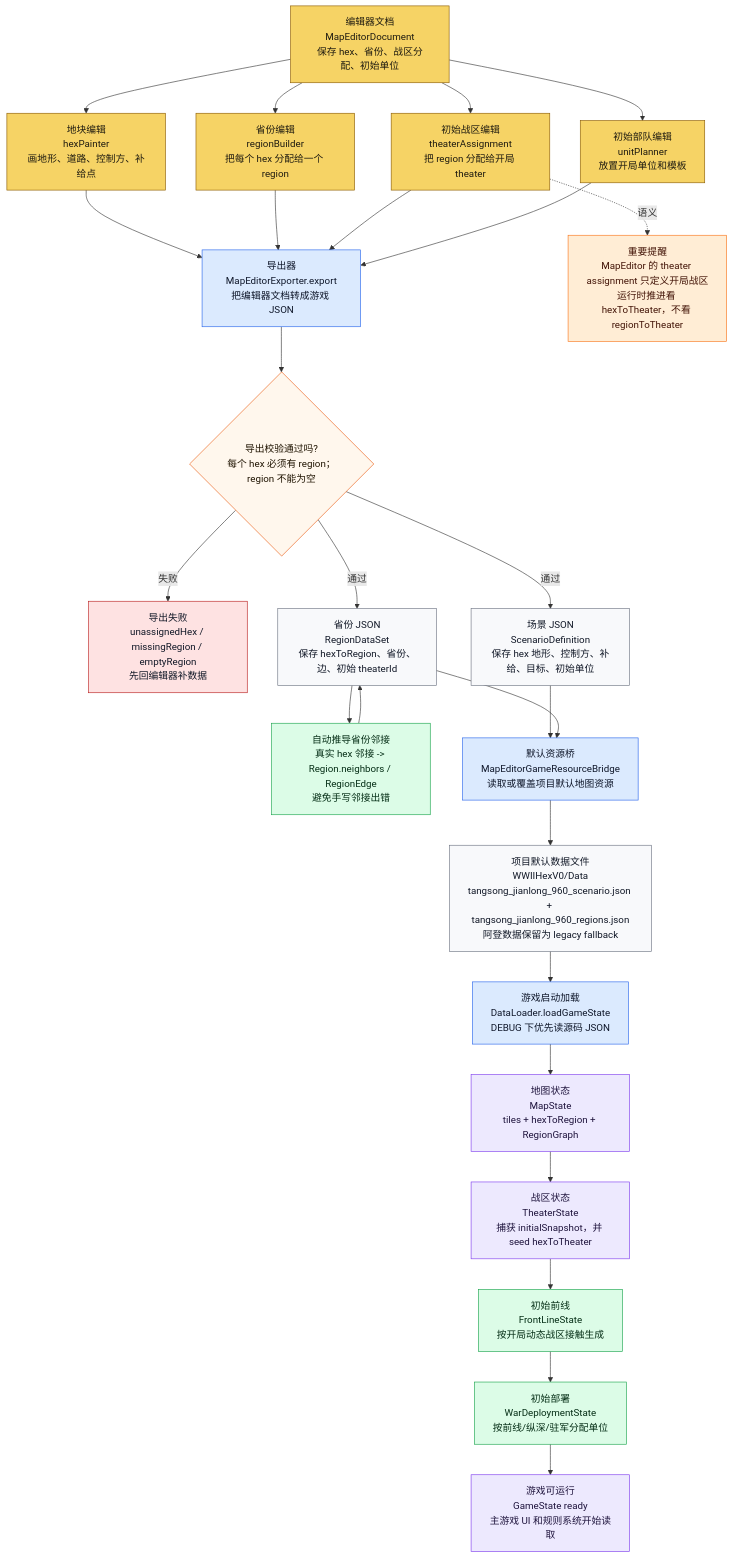
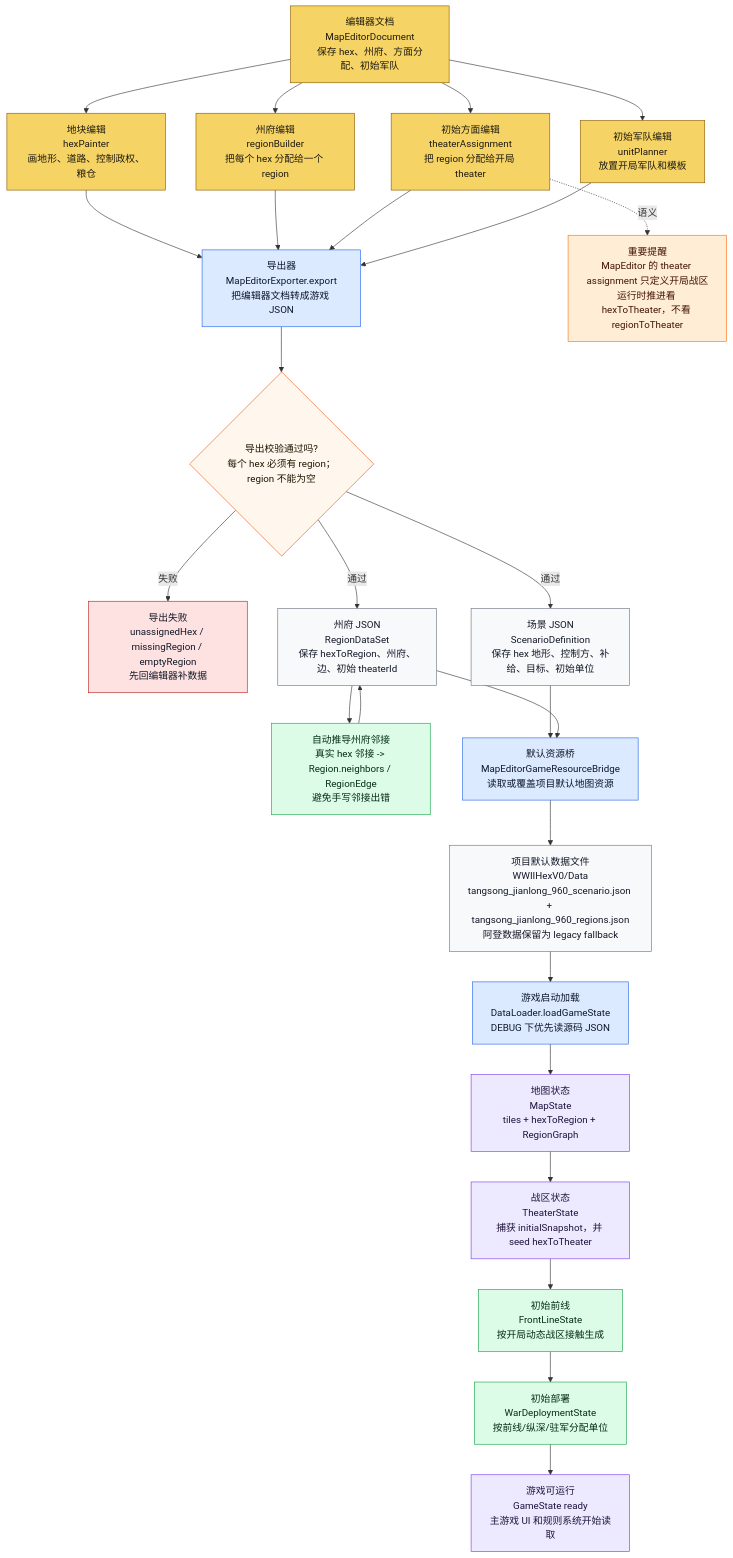
One commit to Altman-sam114/125 changed the fifth of 9 diagrams in md/flow/flowchart.md. Above: the diagram before and after it, drawn with Mermaid. The commit also changed other lines of this file and 10 other files, not shown here.

````diff
--- a/md/flow/flowchart.md
+++ b/md/flow/flowchart.md
@@ -273,48 +273,48 @@
 ```mermaid
 flowchart TD
-    DOC["编辑器文档<br/>MapEditorDocument<br/>保存 hex、省份、战区分配、初始单位"]:::editor
-    MODE1["地块编辑<br/>hexPainter<br/>画地形、道路、控制方、补给点"]:::editor
-    MODE2["省份编辑<br/>regionBuilder<br/>把每个 hex 分配给一个 region"]:::editor
-    MODE3["初始战区编辑<br/>theaterAssignment<br/>把 region 分配给开局 theater"]:::editor
-    MODE4["初始部队编辑<br/>unitPlanner<br/>放置开局单位和模板"]:::editor
+    DOC["编辑器文档<br/>MapEditorDocument<br/>保存 hex、州府、方面分配、初始军队"]:::editor
+    MODE1["地块编辑<br/>hexPainter<br/>画地形、道路、控制政权、粮仓"]:::editor
+    MODE2["州府编辑<br/>regionBuilder<br/>把每个 hex 分配给一个 region"]:::editor
+    MODE3["初始方面编辑<br/>theaterAssignment<br/>把 region 分配给开局 theater"]:::editor
+    MODE4["初始军队编辑<br/>unitPlanner<br/>放置开局军队和模板"]:::editor
     EXPORT["导出器<br/>MapEditorExporter.export<br/>把编辑器文档转成游戏 JSON"]:::loader
     CHECK{"导出校验通过吗?<br/>每个 hex 必须有 region；region 不能为空"}:::decision
     ERR["导出失败<br/>unassignedHex / missingRegion / emptyRegion<br/>先回编辑器补数据"]:::stop
     SCEN["场景 JSON<br/>ScenarioDefinition<br/>保存 hex 地形、控制方、补给、目标、初始单位"]:::data
-    REG["省份 JSON<br/>RegionDataSet<br/>保存 hexToRegion、省份、边、初始 theaterId"]:::data
-    NEI["自动推导省份邻接<br/>真实 hex 邻接 -> Region.neighbors / RegionEdge<br/>避免手写邻接出错"]:::derived
+    REG["州府 JSON<br/>RegionDataSet<br/>保存 hexToRegion、州府、边、初始 theaterId"]:::data
+    NEI["自动推导州府邻接<br/>真实 hex 邻接 -> Region.neighbors / RegionEdge<br/>避免手写邻接出错"]:::derived
     BRIDGE["默认资源桥<br/>MapEditorGameResourceBridge<br/>读取或覆盖项目默认地图资源"]:::loader
     FILES["项目默认数据文件<br/>WWIIHexV0/Data<br/>tangsong_jianlong_960_scenario.json + tangsong_jianlong_960_regions.json<br/>阿登数据保留为 legacy fallback"]:::data
     LOAD["游戏启动加载<br/>DataLoader.loadGameState<br/>DEBUG 下优先读源码 JSON"]:::loader
     MAP["地图状态<br/>MapState<br/>tiles + hexToRegion + RegionGraph"]:::state
     THEATER["战区状态<br/>TheaterState<br/>捕获 initialSnapshot，并 seed hexToTheater"]:::state
     FRONT["初始前线<br/>FrontLineState<br/>按开局动态战区接触生成"]:::derived
     DEPLOY["初始部署<br/>WarDeploymentState<br/>按前线/纵深/驻军分配单位"]:::derived
     GAME["游戏可运行<br/>GameState ready<br/>主游戏 UI 和规则系统开始读取"]:::state
 
     DOC --> MODE1 --> EXPORT
     DOC --> MODE2 --> EXPORT
     DOC --> MODE3 --> EXPORT
     DOC --> MODE4 --> EXPORT
     EXPORT --> CHECK
     CHECK -->|失败| ERR
     CHECK -->|通过| SCEN
     CHECK -->|通过| REG
     REG --> NEI --> REG
     SCEN --> BRIDGE
     REG --> BRIDGE
     BRIDGE --> FILES
     FILES --> LOAD --> MAP --> THEATER --> FRONT --> DEPLOY --> GAME
 
     NOTE["重要提醒<br/>MapEditor 的 theater assignment 只定义开局战区<br/>运行时推进看 hexToTheater，不看 regionToTheater"]:::warn
     MODE3 -.语义.-> NOTE
 
     classDef editor fill:#f6d365,stroke:#8a5a00,color:#1f1b10
     classDef loader fill:#dbeafe,stroke:#2563eb,color:#0f172a
     classDef decision fill:#fff7ed,stroke:#ea580c,color:#1f1300
     classDef stop fill:#fee2e2,stroke:#b91c1c,color:#111827
     classDef data fill:#f8f9fb,stroke:#6b7280,color:#111827
     classDef derived fill:#dcfce7,stroke:#16a34a,color:#052e16
     classDef state fill:#ede9fe,stroke:#7c3aed,color:#1f143d
     classDef warn fill:#ffedd5,stroke:#f97316,color:#431407
 ```
````
